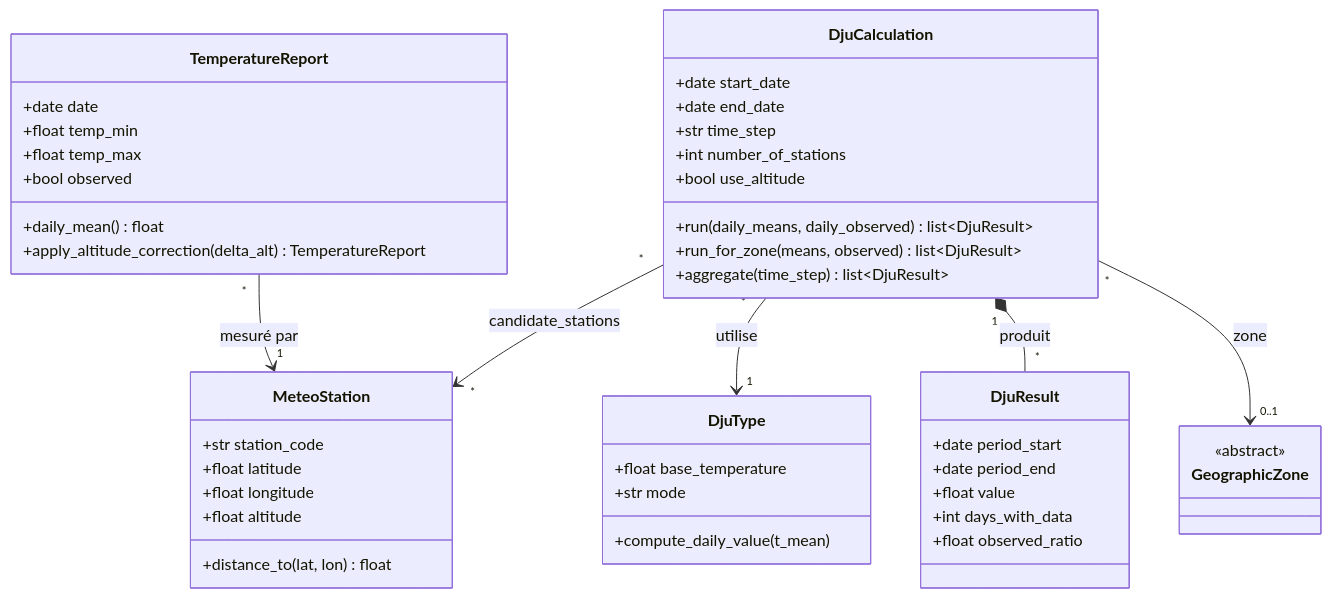
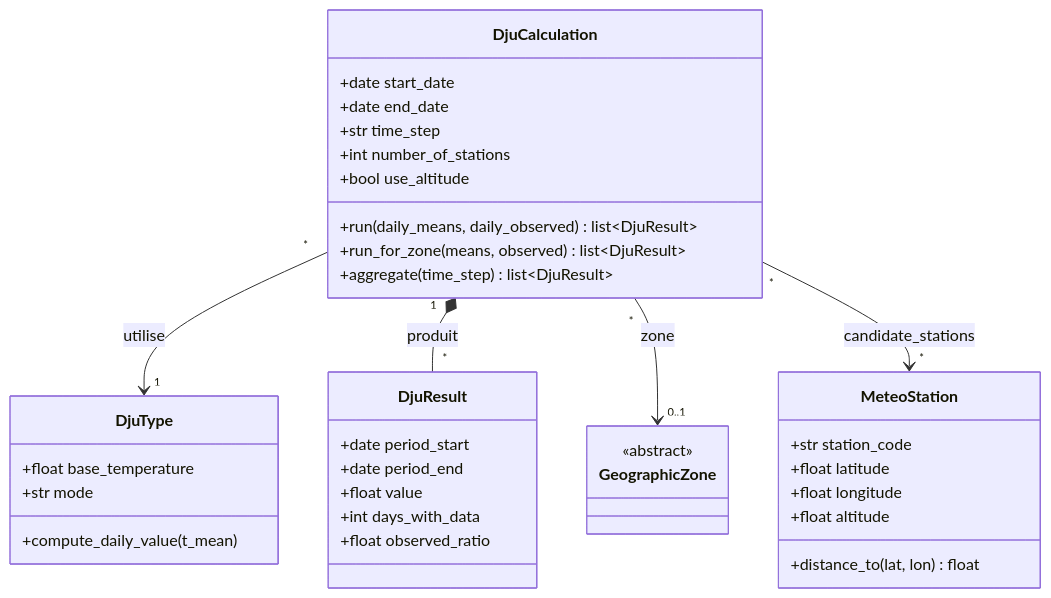
One commit to gabriel-dahan/ensai-it-project-2a-team12 changed the diagram in doc/reports/final_report/resources/mermaid/fig-classes-dju.mmd. Above: the diagram before and after it, drawn with Mermaid. The commit also changed 27 other files, not shown here.

```diff
--- a/doc/reports/final_report/resources/mermaid/fig-classes-dju.mmd
+++ b/doc/reports/final_report/resources/mermaid/fig-classes-dju.mmd
@@ -1,47 +1,38 @@
 classDiagram
     direction TB
     class MeteoStation {
         +str station_code
         +float latitude
         +float longitude
         +float altitude
         +distance_to(lat, lon) float
-    }
-    class TemperatureReport {
-        +date date
-        +float temp_min
-        +float temp_max
-        +bool observed
-        +daily_mean() float
-        +apply_altitude_correction(delta_alt) TemperatureReport
     }
     class DjuType {
         +float base_temperature
         +str mode
         +compute_daily_value(t_mean)
     }
     class DjuCalculation {
         +date start_date
         +date end_date
         +str time_step
         +int number_of_stations
         +bool use_altitude
         +run(daily_means, daily_observed) list~DjuResult~
         +run_for_zone(means, observed) list~DjuResult~
         +aggregate(time_step) list~DjuResult~
     }
     class DjuResult {
         +date period_start
         +date period_end
         +float value
         +int days_with_data
         +float observed_ratio
     }
     class GeographicZone {
         <<abstract>>
     }
-    TemperatureReport "*" --> "1" MeteoStation : mesuré par
     DjuCalculation "*" --> "1" DjuType : utilise
     DjuCalculation "1" *-- "*" DjuResult : produit
     DjuCalculation "*" --> "0..1" GeographicZone : zone
     DjuCalculation "*" --> "*" MeteoStation : candidate_stations
```
